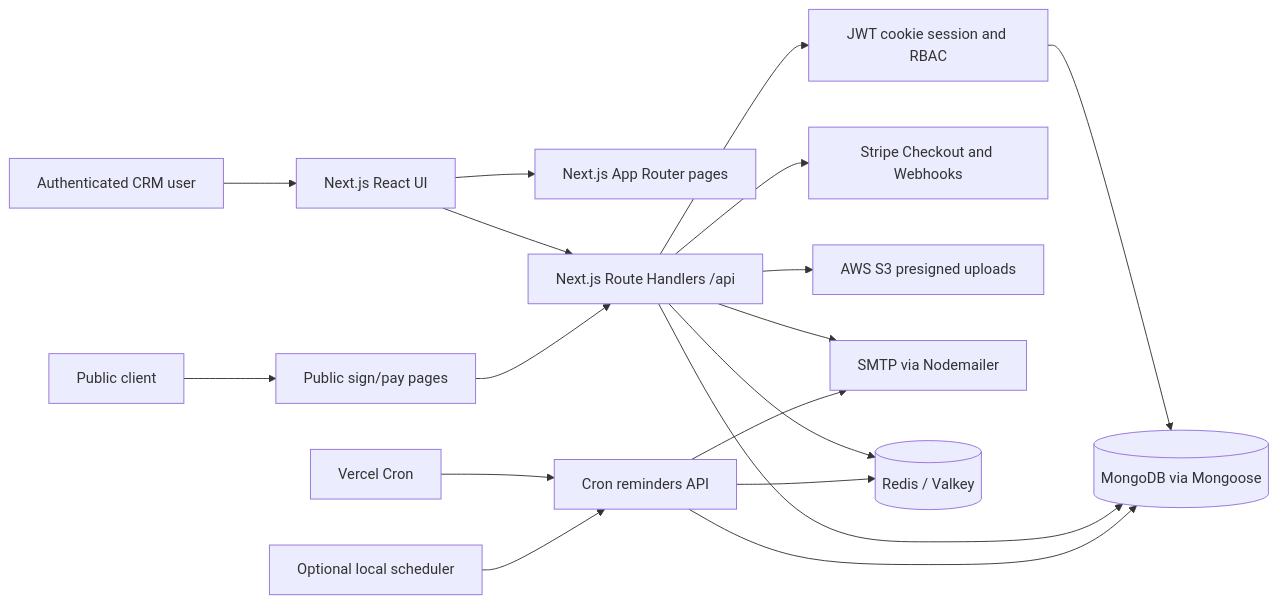
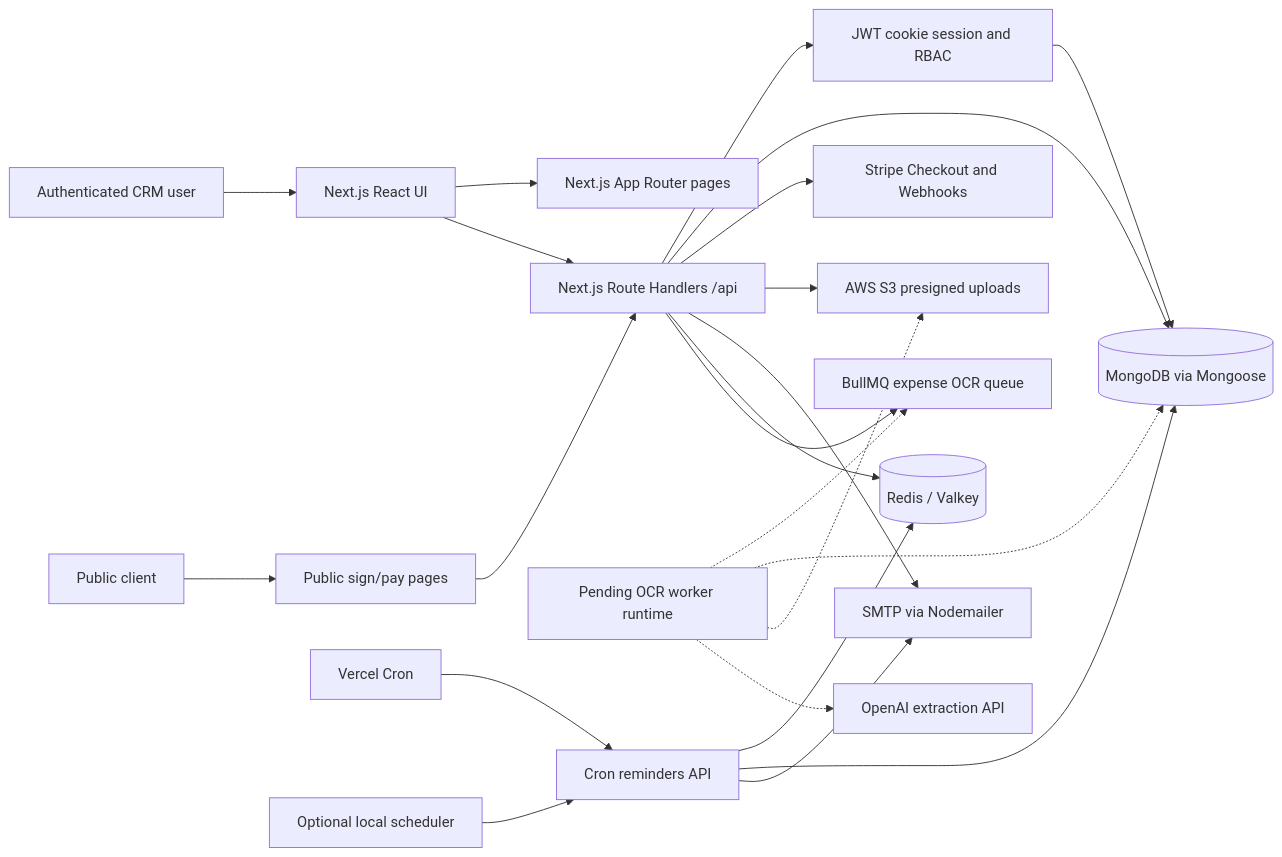
The first of 5 diagrams in docs/technical-handover.md (BasirKhan418/crm-roberto), drawn with Mermaid before and after one commit. The commit also changed other lines of this file and 258 other files, not shown here.

````diff
--- a/docs/technical-handover.md
+++ b/docs/technical-handover.md
@@ -17,24 +19,30 @@
 ```mermaid
 flowchart LR
   User[Authenticated CRM user] --> Browser[Next.js React UI]
   Client[Public client] --> PublicRoutes[Public sign/pay pages]
 
   Browser --> AppRoutes[Next.js App Router pages]
   Browser --> Api[Next.js Route Handlers /api]
   PublicRoutes --> Api
 
   Api --> Auth[JWT cookie session and RBAC]
   Auth --> Mongo[(MongoDB via Mongoose)]
   Api --> Mongo
 
   Api --> Stripe[Stripe Checkout and Webhooks]
   Api --> S3[AWS S3 presigned uploads]
   Api --> SMTP[SMTP via Nodemailer]
   Api --> Redis[(Redis / Valkey)]
+  Api --> Queue[BullMQ expense OCR queue]
+
+  Worker[Pending OCR worker runtime] -.-> Queue
+  Worker -.-> Mongo
+  Worker -.-> S3
+  Worker -.-> OpenAI[OpenAI extraction API]
 
   VercelCron[Vercel Cron] --> CronApi[Cron reminders API]
   LocalCron[Optional local scheduler] --> CronApi
   CronApi --> Redis
   CronApi --> Mongo
   CronApi --> SMTP
 ```
````
